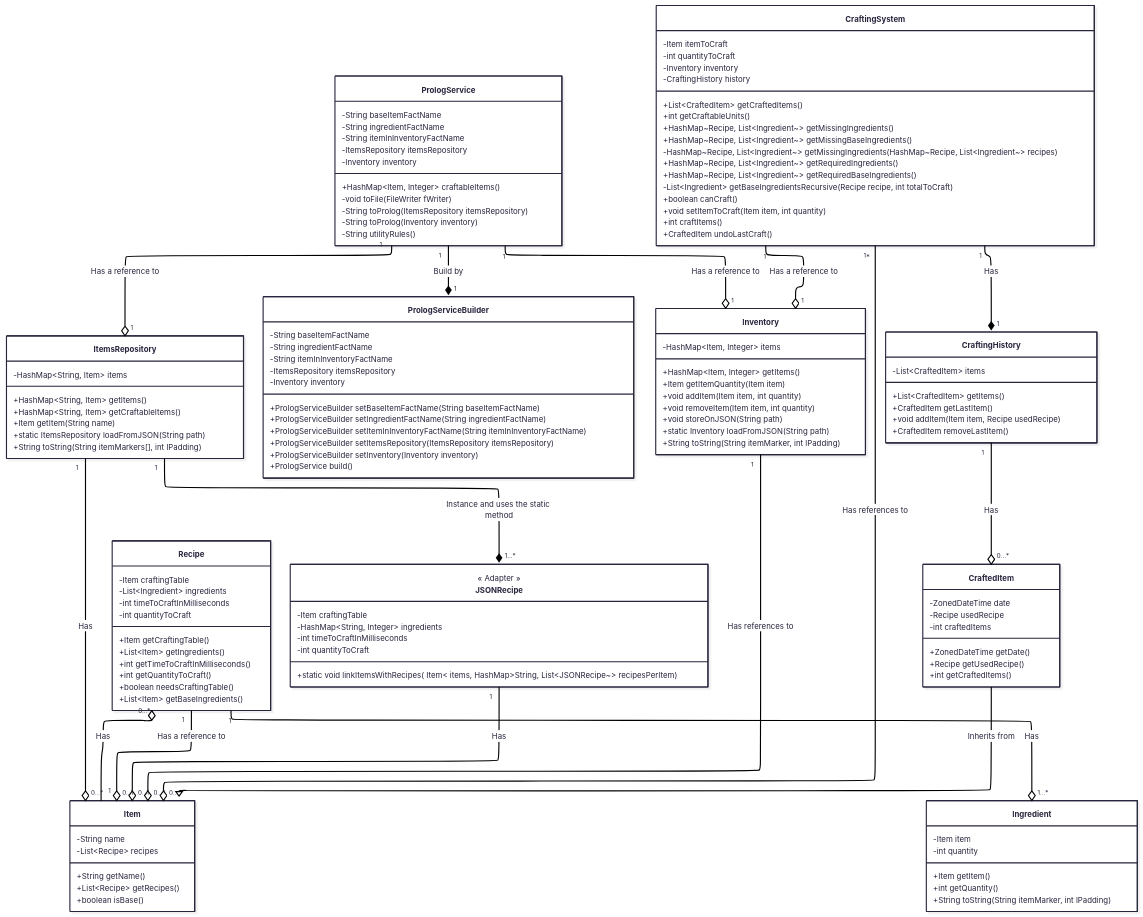
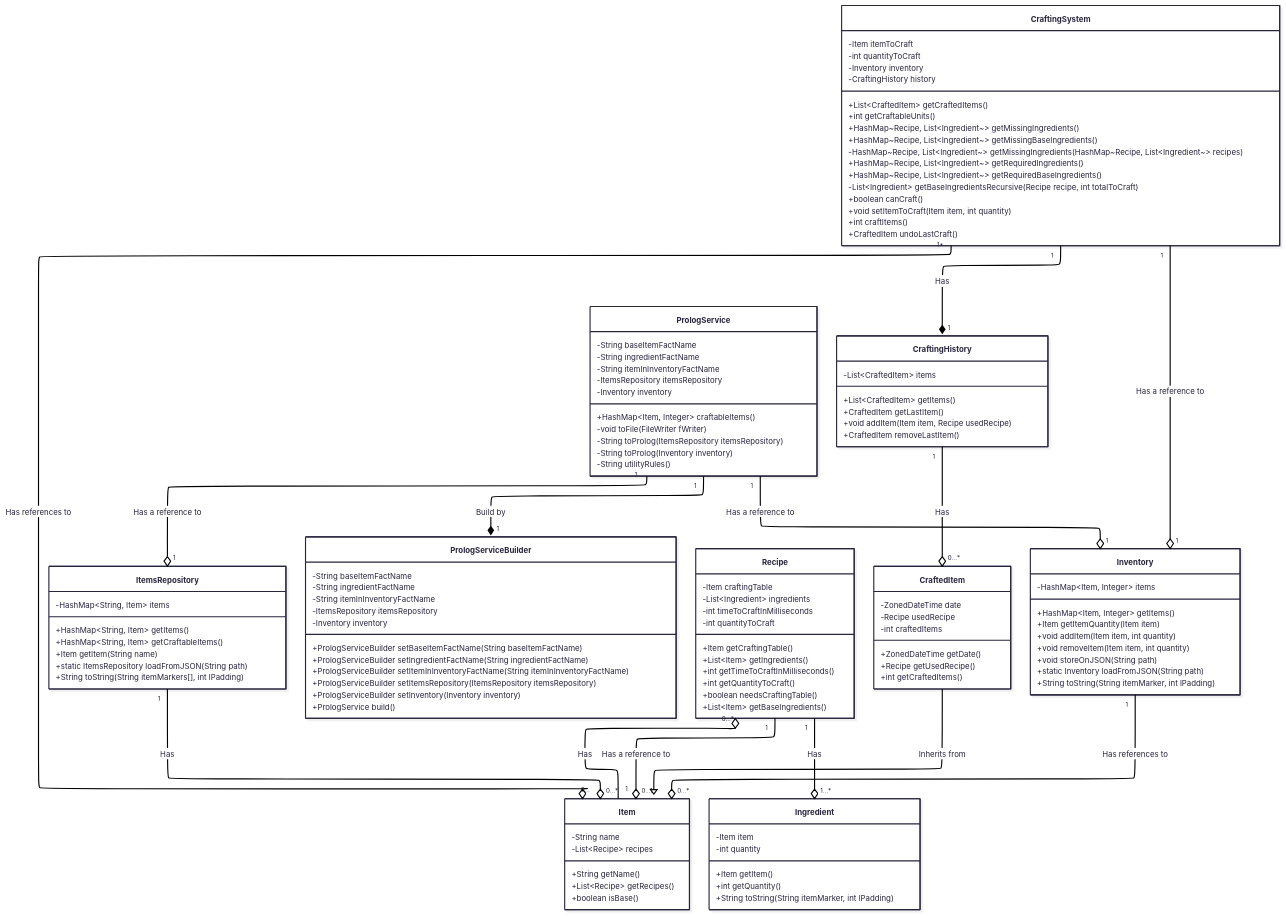
One commit to hozlucas28/Java-Practical-Work-2025 changed the first of 2 diagrams in README.md. Above: the diagram before and after it, drawn with Mermaid. The commit also changed 1 other file, not shown here.

Commit message:
chore(JSONRecipe): remove class

```diff
--- a/README.md
+++ b/README.md
@@ -174,17 +174,6 @@
 	    +List~Item~ getBaseIngredients()
     }
 
-    class JSONRecipe {
-        << Adapter >>
-
-	    -Item craftingTable
-	    -HashMap~String, Integer~ ingredients
-	    -int timeToCraftInMilliseconds
-	    -int quantityToCraft
-
-	    +static void linkItemsWithRecipes(HashMap~String, Item~ items, HashMap~String, List~JSONRecipe~~ recipesPerItem)
-    }
-
     class CraftedItem {
 	    -ZonedDateTime date
 	    -Recipe usedRecipe
@@ -245,7 +234,6 @@
     }
 
     ItemsRepository "1" --o "0...*" Item : Has
-    ItemsRepository "1" --* "1...*" JSONRecipe : Instance and uses the static method
 
     PrologService "1" --o "1" Inventory : Has a reference to
     PrologService "1" --o "1" ItemsRepository : Has a reference to
@@ -255,8 +243,6 @@
 
     Recipe "1" --o "1...*" Ingredient : Has
     Recipe "1" --o "0...1" Item : Has a reference to
-
-    JSONRecipe "1" --o "0...1" Item : Has
 
     CraftedItem --|>  Item : Inherits from
 
```
